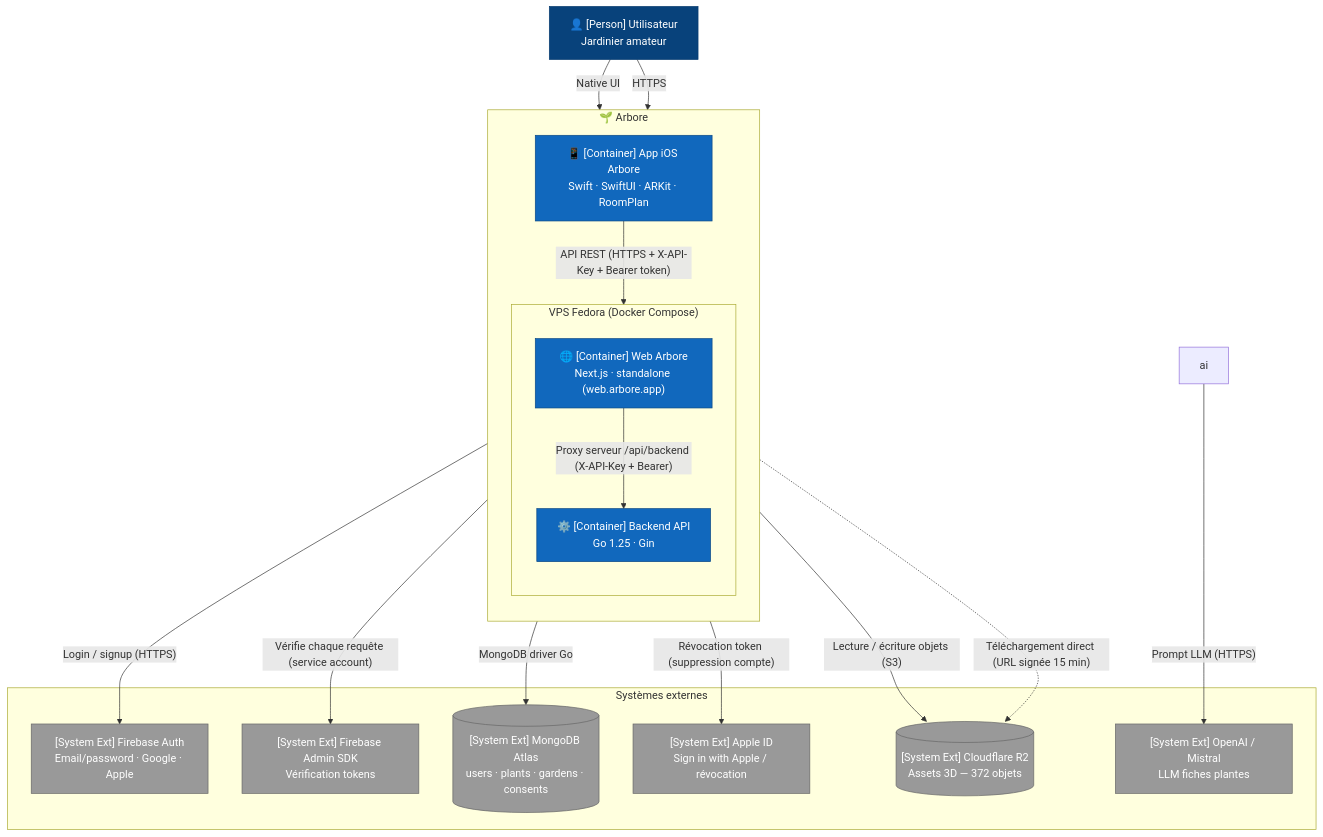
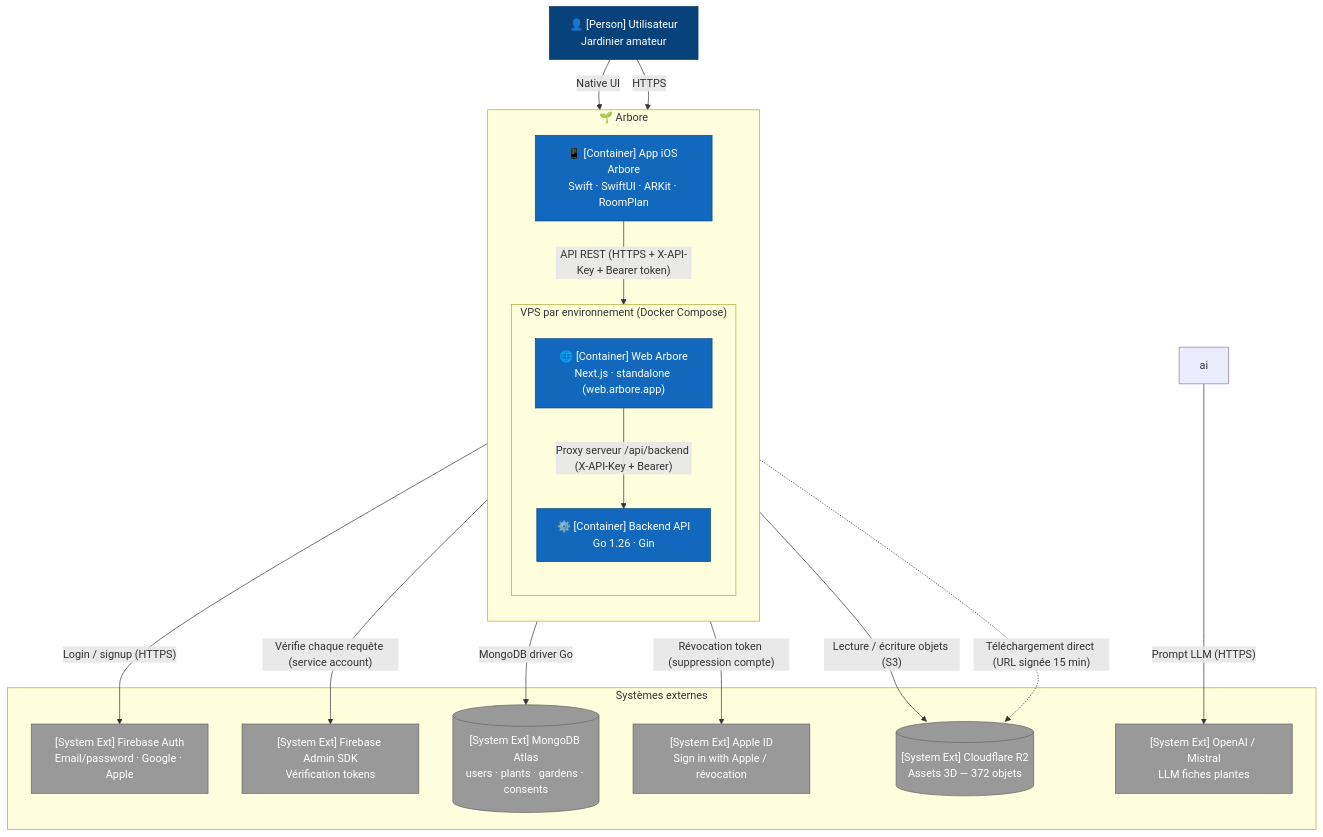
The diagram in docs/fr/architecture/02-containers.md (ArboreTeam/Arbore), drawn with Mermaid before and after one commit. The commit also changed other lines of this file and 11 other files, not shown here.

````diff
--- a/docs/fr/architecture/02-containers.md
+++ b/docs/fr/architecture/02-containers.md
@@ -11,45 +11,45 @@
 ```mermaid
 flowchart TB
     user["👤 [Person] Utilisateur<br/>Jardinier amateur"]
 
     subgraph arbore["🌱 Arbore"]
         direction TB
         ios["📱 [Container] App iOS Arbore<br/>Swift · SwiftUI · ARKit · RoomPlan"]
 
-        subgraph vps["VPS Fedora (Docker Compose)"]
+        subgraph vps["VPS par environnement (Docker Compose)"]
             direction TB
             web["🌐 [Container] Web Arbore<br/>Next.js · standalone (web.arbore.app)"]
-            backend["⚙️ [Container] Backend API<br/>Go 1.25 · Gin"]
+            backend["⚙️ [Container] Backend API<br/>Go 1.26 · Gin"]
         end
     end
 
     subgraph ext["Systèmes externes"]
         firebase_auth["[System Ext] Firebase Auth<br/>Email/password · Google · Apple"]
         firebase_admin["[System Ext] Firebase Admin SDK<br/>Vérification tokens"]
         mongo[("[System Ext] MongoDB Atlas<br/>users · plants · gardens · consents")]
         apple["[System Ext] Apple ID<br/>Sign in with Apple / révocation"]
         llm["[System Ext] OpenAI / Mistral<br/>LLM fiches plantes"]
         r2[("[System Ext] Cloudflare R2<br/>Assets 3D — 372 objets")]
     end
 
     user -- "Native UI"  --> ios
     user -- "HTTPS"      --> web
 
     ios     -- "Login / signup (HTTPS)"                        --> firebase_auth
     ios     -- "API REST (HTTPS + X-API-Key + Bearer token)"   --> backend
     web     -- "Proxy serveur /api/backend (X-API-Key + Bearer)" --> backend
 
     backend -- "Vérifie chaque requête (service account)"      --> firebase_admin
     backend -- "MongoDB driver Go"                             --> mongo
     backend -- "Révocation token (suppression compte)"         --> apple
     backend -- "Lecture / écriture objets (S3)"                --> r2
     ios     -. "Téléchargement direct (URL signée 15 min)" .-> r2
     ai      -- "Prompt LLM (HTTPS)"                            --> llm
 
     classDef person   fill:#08427B,stroke:#073B6F,color:#fff
     classDef cont     fill:#1168BD,stroke:#0B4884,color:#fff
     classDef ext_node fill:#999,stroke:#666,color:#fff
     class user person
     class ios,web,backend cont
     class firebase_auth,firebase_admin,mongo,apple,llm,r2 ext_node
 ```
````
